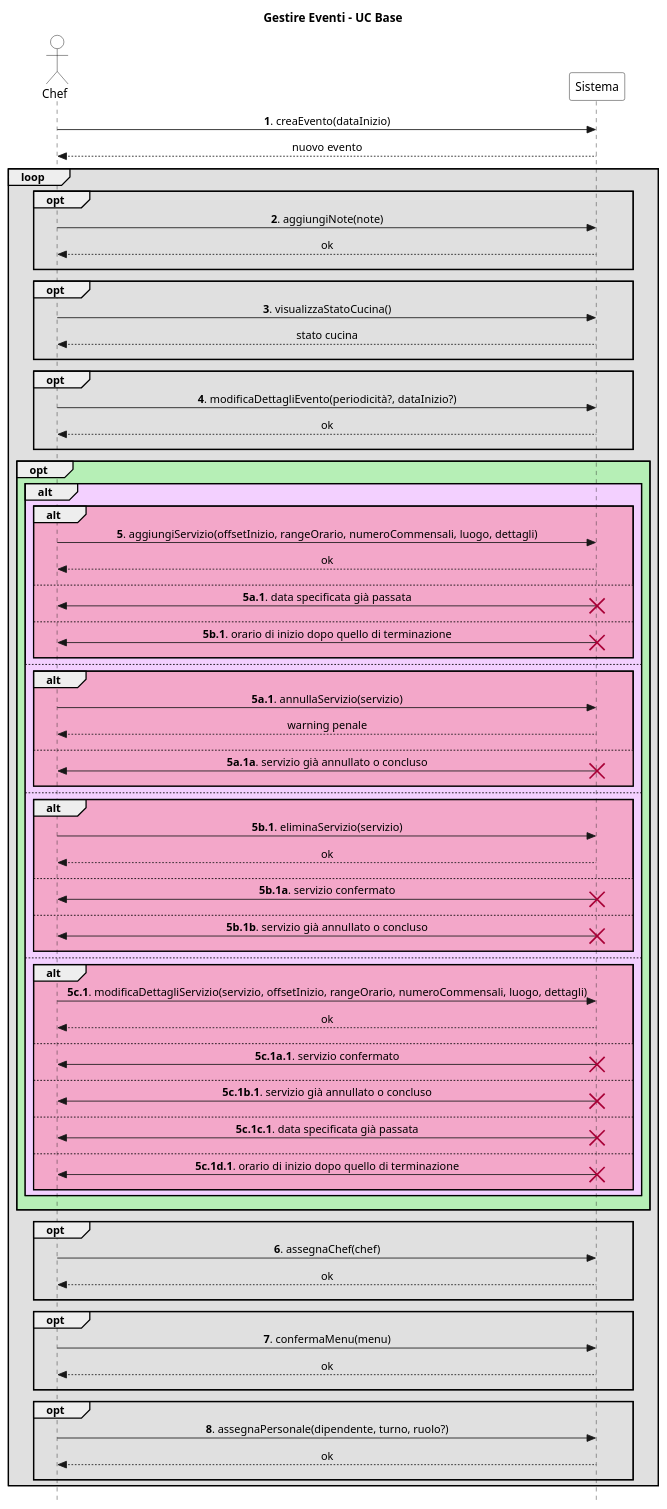
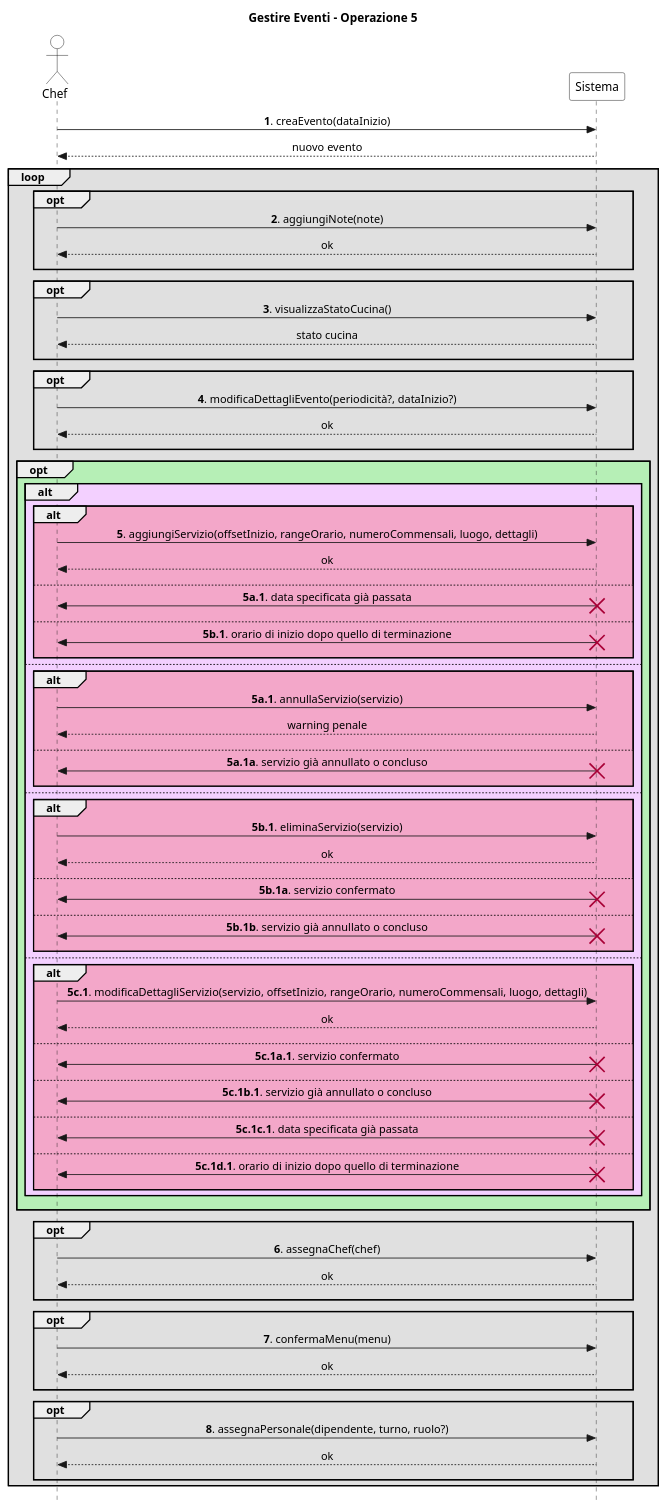
One commit to stefa168/sas-project changed the diagram in UP/Requisiti/UC Gestire Eventi/SSD/Estensioni-Eccezioni Op5.puml. Above: the diagram before and after it, drawn with PlantUML. The commit also changed 2 other files, not shown here.

```diff
--- a/UP/Requisiti/UC Gestire Eventi/SSD/Estensioni-Eccezioni Op5.puml
+++ b/UP/Requisiti/UC Gestire Eventi/SSD/Estensioni-Eccezioni Op5.puml
@@ -1,122 +1,122 @@
 @startuml
 skinparam Style strictuml
 skinparam SequenceMessageAlign center
 
 skinparam sequence {
     ActorBorderColor Black
     ActorBackgroundColor White
     ParticipantBorderColor Black
     ParticipantBackgroundColor White
 }
 
 actor Chef
 participant Sistema
 
-title Gestire Eventi - UC Base
+title Gestire Eventi - Operazione 5
 
 Chef -> Sistema: **1**. creaEvento(dataInizio)
 return nuovo evento
 
 loop #e0e0e0
     opt #e0e0e0
         Chef -> Sistema: **2**. aggiungiNote(note)
         return ok
         ||10||
     end
 
     opt #e0e0e0
         Chef -> Sistema: **3**. visualizzaStatoCucina()
         return stato cucina
         ||10||
     end
 
     opt #e0e0e0
         Chef -> Sistema: **4**. modificaDettagliEvento(periodicità?, dataInizio?)
         return ok
         ||10||
     end
 
     opt #b6efb6
         alt #f3d0ff
             alt #f3a7c9
                 Chef -> Sistema: **5**. aggiungiServizio(offsetInizio, rangeOrario, numeroCommensali, luogo, dettagli)
                 return ok
                 ||10||
             else
                 Chef <- Sistema: **5a.1**. data specificata già passata
                 destroy Sistema
                 ||10||
             else
                 Chef <- Sistema: **5b.1**. orario di inizio dopo quello di terminazione
                 destroy Sistema
                 ||10||
             end
         else
             alt #f3a7c9
                 Chef -> Sistema: **5a.1**. annullaServizio(servizio)
                 return warning penale
                 ||10||
             else
                 Chef <- Sistema: **5a.1a**. servizio già annullato o concluso
                 destroy Sistema
                 ||10||
             end
         else
             alt #f3a7c9
                 Chef -> Sistema: **5b.1**. eliminaServizio(servizio)
                 return ok
                 ||10||
             else
                 Chef <- Sistema: **5b.1a**. servizio confermato
                 destroy Sistema
                 ||10||
             else
                 Chef <- Sistema: **5b.1b**. servizio già annullato o concluso
                 destroy Sistema
                 ||10||
             end
         else
             alt #f3a7c9
                 Chef -> Sistema: **5c.1**. modificaDettagliServizio(servizio, offsetInizio, rangeOrario, numeroCommensali, luogo, dettagli)
                 return ok
                 ||10||
             else
                 Chef <- Sistema: **5c.1a.1**. servizio confermato
                 destroy Sistema
                 ||10||
             else
                 Chef <- Sistema: **5c.1b.1**. servizio già annullato o concluso
                 destroy Sistema
                 ||10||
             else
                 Chef <- Sistema: **5c.1c.1**. data specificata già passata
                 destroy Sistema
                 ||10||
             else
                 Chef <- Sistema: **5c.1d.1**. orario di inizio dopo quello di terminazione
                 destroy Sistema
                 ||10||
             end
         end
         ||10||
     end
 
     opt #e0e0e0
         Chef -> Sistema: **6**. assegnaChef(chef)
         return ok
         ||10||
     end
 
     opt #e0e0e0
         Chef -> Sistema: **7**. confermaMenu(menu)
         return ok
         ||10||
     end
 
     opt #e0e0e0
         Chef -> Sistema: **8**. assegnaPersonale(dipendente, turno, ruolo?)
         return ok
         ||10||
     end
 end
 @enduml
```
